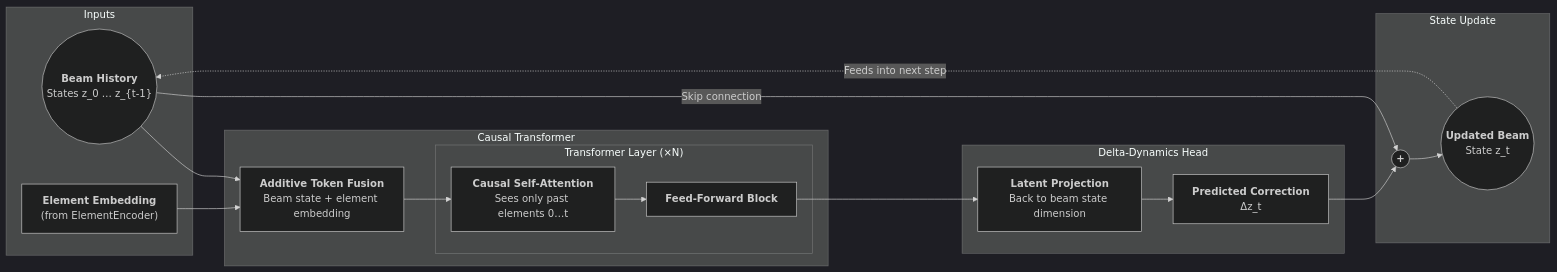
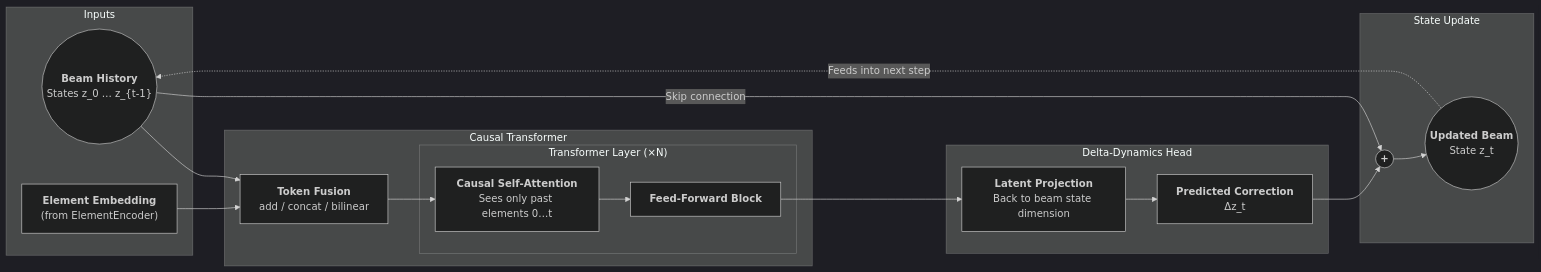
One commit to ndwang/latent_beam_dynamics changed the second of 2 diagrams in README.md. Above: the diagram before and after it, drawn with Mermaid (dark theme). The commit also changed other lines of this file and 2 other files, not shown here.

````diff
--- a/README.md
+++ b/README.md
@@ -43,40 +43,40 @@
 ```mermaid
 graph LR
     subgraph Inputs
         PrevBeam(("<b>Beam History</b><br/>States z_0 … z_{t-1}"))
         ElemEmb["<b>Element Embedding</b><br/>(from ElementEncoder)"]
     end
 
     subgraph Transformer [Causal Transformer]
-        Fuse["<b>Additive Token Fusion</b><br/>Beam state + element embedding"]
+        Fuse["<b>Token Fusion</b><br/>add / concat / bilinear"]
         subgraph Layer ["Transformer Layer (×N)"]
             Attn["<b>Causal Self-Attention</b><br/>Sees only past elements 0…t"]
             FFN["<b>Feed-Forward Block</b>"]
         end
     end
 
     subgraph DeltaDynamics [Delta-Dynamics Head]
         Proj["<b>Latent Projection</b><br/>Back to beam state dimension"]
         Delta["<b>Predicted Correction</b><br/>Δz_t"]
     end
 
     subgraph NextState [State Update]
         Add(("<b>+</b>"))
         NewBeam(("<b>Updated Beam</b><br/>State z_t"))
     end
 
     PrevBeam --> Fuse
     ElemEmb --> Fuse
 
     Fuse --> Attn
     Attn --> FFN
     FFN --> Proj
 
     Proj --> Delta
 
     Delta --> Add
     PrevBeam -->|"Skip connection"| Add
     Add --> NewBeam
 
     NewBeam -.->|Feeds into next step| PrevBeam
 ```
````
